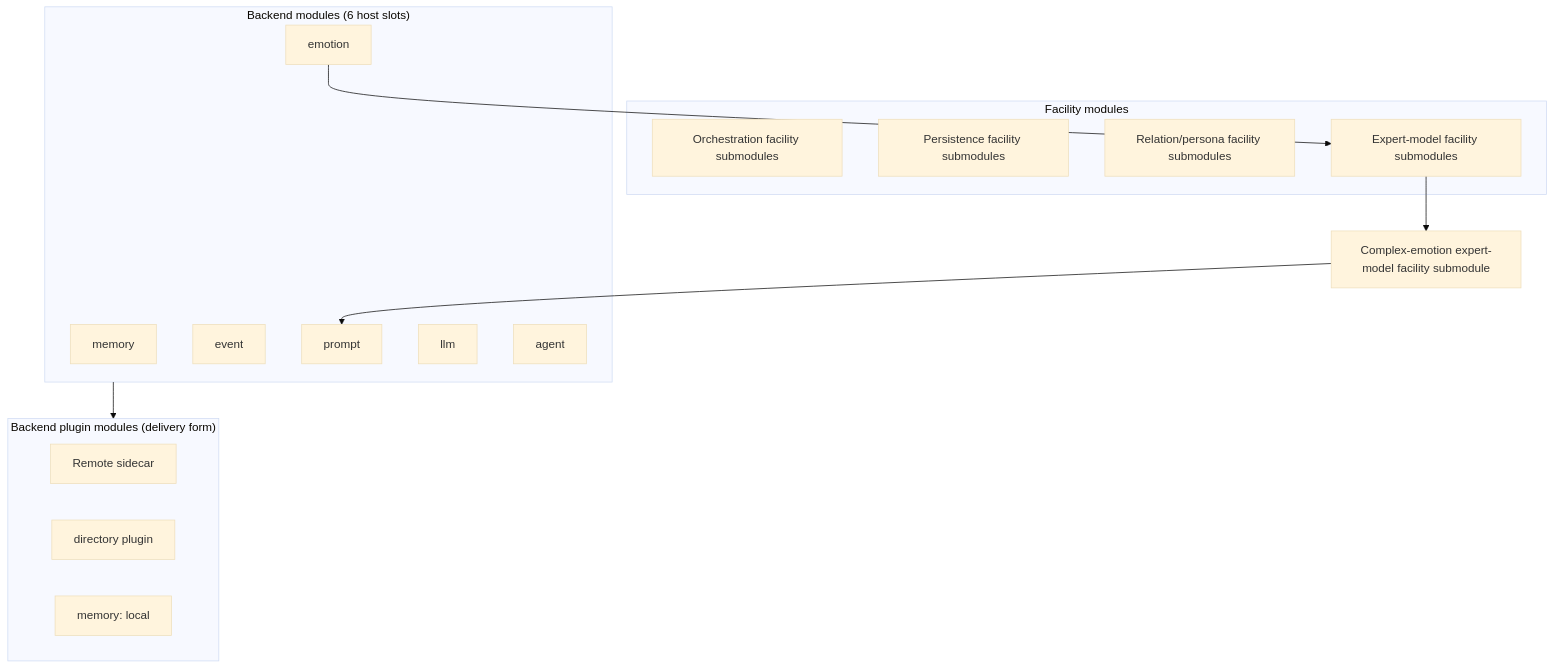
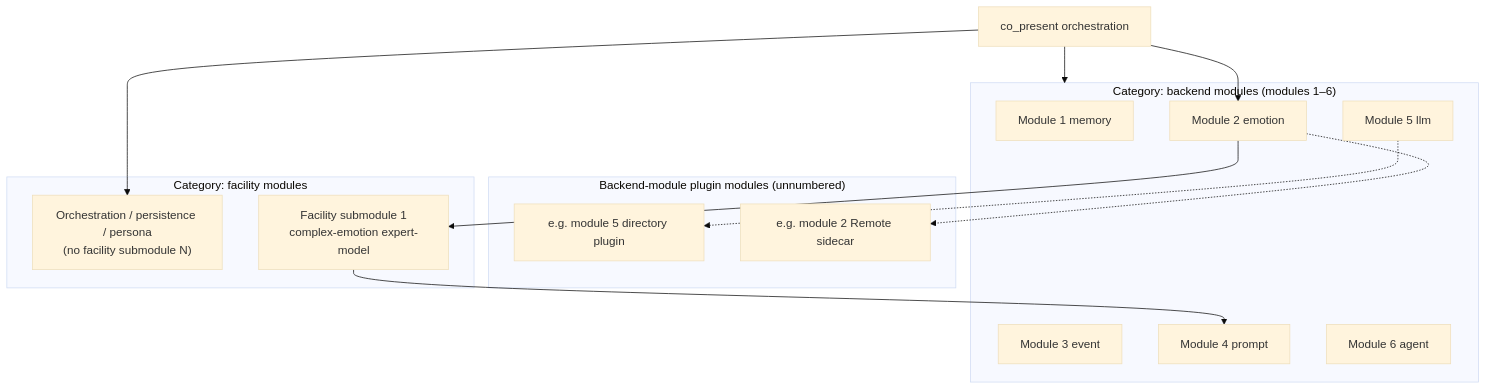
One commit to linkaiheng2233-cyber/oclivenewnew changed the diagram in creator-docs-en/getting-started/OCLIVE_ARCHITECTURE_OVERVIEW.md. Above: the diagram before and after it, drawn with Mermaid (base theme). The commit also changed other lines of this file and 11 other files, not shown here.

First line of the commit message:
docs: normative module numbering and backend-module plugin naming

````diff
--- a/creator-docs-en/getting-started/OCLIVE_ARCHITECTURE_OVERVIEW.md
+++ b/creator-docs-en/getting-started/OCLIVE_ARCHITECTURE_OVERVIEW.md
@@ -25,26 +76,31 @@
 ```mermaid
 flowchart TB
-  subgraph L1["Backend modules (6 host slots)"]
-    M[memory]
-    E[emotion]
-    EV[event]
-    P[prompt]
-    L[llm]
-    A[agent]
+  ORCH["co_present orchestration"]
+
+  subgraph back["Category: backend modules (modules 1–6)"]
+    M1["Module 1 memory"]
+    M2["Module 2 emotion"]
+    M3["Module 3 event"]
+    M4["Module 4 prompt"]
+    M5["Module 5 llm"]
+    M6["Module 6 agent"]
   end
-  subgraph L2["Backend plugin modules (delivery form)"]
-    R[Remote sidecar]
-    D[directory plugin]
-    LOC[memory: local]
+
+  subgraph plug["Backend-module plugin modules (unnumbered)"]
+    P5["e.g. module 5 directory plugin"]
+    P2["e.g. module 2 Remote sidecar"]
   end
-  subgraph L3["Facility modules"]
-    ORCH[Orchestration facility submodules]
-    PERS[Persistence facility submodules]
-    REL[Relation/persona facility submodules]
-    EXP[Expert-model facility submodules]
+
+  subgraph fac["Category: facility modules"]
+    F0["Orchestration / persistence / persona<br/>(no facility submodule N)"]
+    F1["Facility submodule 1<br/>complex-emotion expert-model"]
   end
-  L1 --> L2
-  E --> EXP
-  EXP --> CE[Complex-emotion expert-model facility submodule]
-  CE --> P
+
+  ORCH --> M2
+  M2 --> F1
+  F1 --> M4
+  ORCH --> back
+  M5 -.-> P5
+  M2 -.-> P2
+  ORCH --> F0
 ```
````
